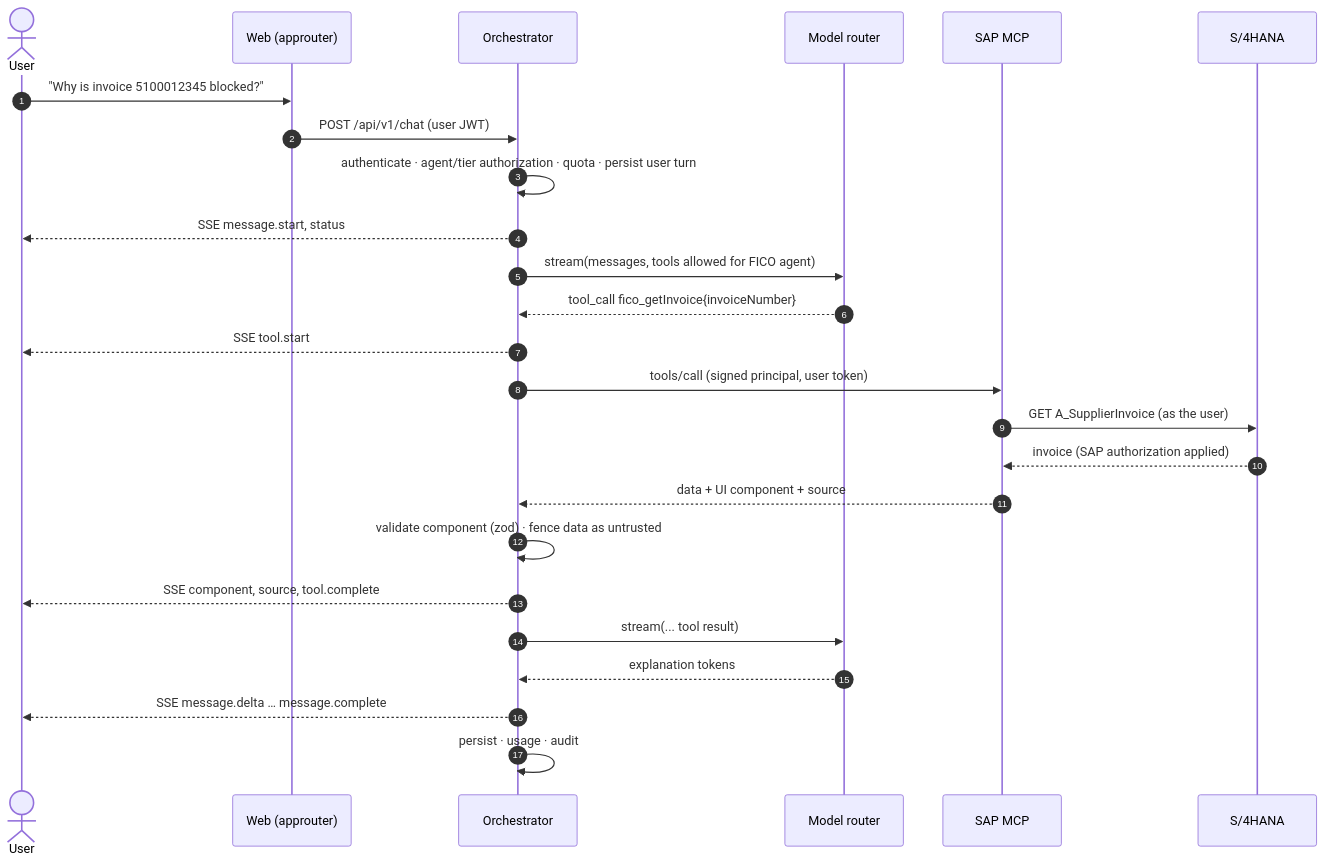
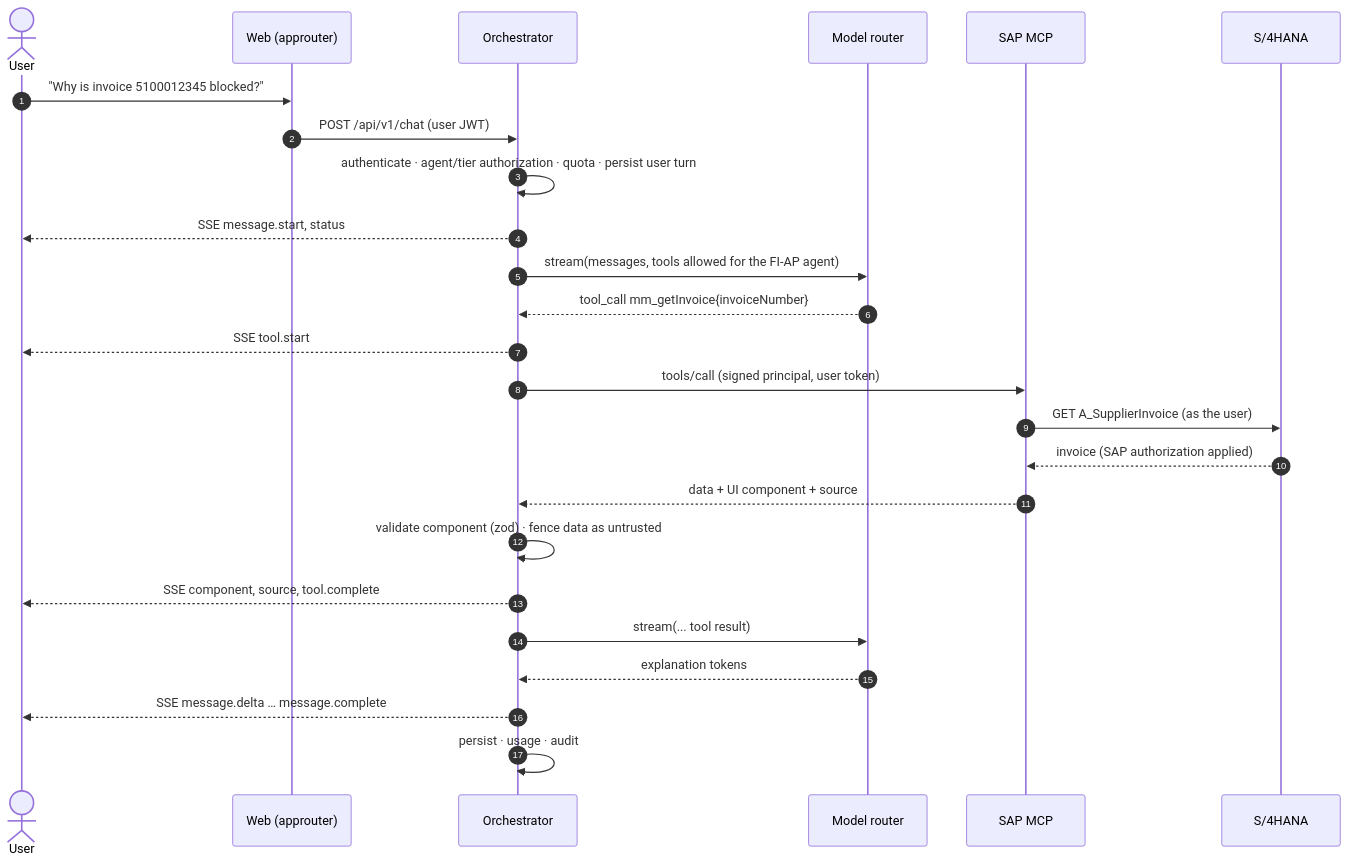
The second of 2 diagrams in docs/architecture.md (mukeshdayaland/SAP_AI_AGENTS), drawn with Mermaid before and after one commit. The commit also changed other lines of this file and 33 other files, not shown here.

````diff
--- a/docs/architecture.md
+++ b/docs/architecture.md
@@ -72,27 +72,27 @@
 ```mermaid
 sequenceDiagram
   autonumber
   actor U as User
   participant W as Web (approuter)
   participant O as Orchestrator
   participant L as Model router
   participant M as SAP MCP
   participant S as S/4HANA
   U->>W: "Why is invoice 5100012345 blocked?"
   W->>O: POST /api/v1/chat (user JWT)
   O->>O: authenticate · agent/tier authorization · quota · persist user turn
   O-->>U: SSE message.start, status
-  O->>L: stream(messages, tools allowed for FICO agent)
-  L-->>O: tool_call fico_getInvoice{invoiceNumber}
+  O->>L: stream(messages, tools allowed for the FI-AP agent)
+  L-->>O: tool_call mm_getInvoice{invoiceNumber}
   O-->>U: SSE tool.start
   O->>M: tools/call (signed principal, user token)
   M->>S: GET A_SupplierInvoice (as the user)
   S-->>M: invoice (SAP authorization applied)
   M-->>O: data + UI component + source
   O->>O: validate component (zod) · fence data as untrusted
   O-->>U: SSE component, source, tool.complete
   O->>L: stream(... tool result)
   L-->>O: explanation tokens
   O-->>U: SSE message.delta … message.complete
   O->>O: persist · usage · audit
 ```
````
